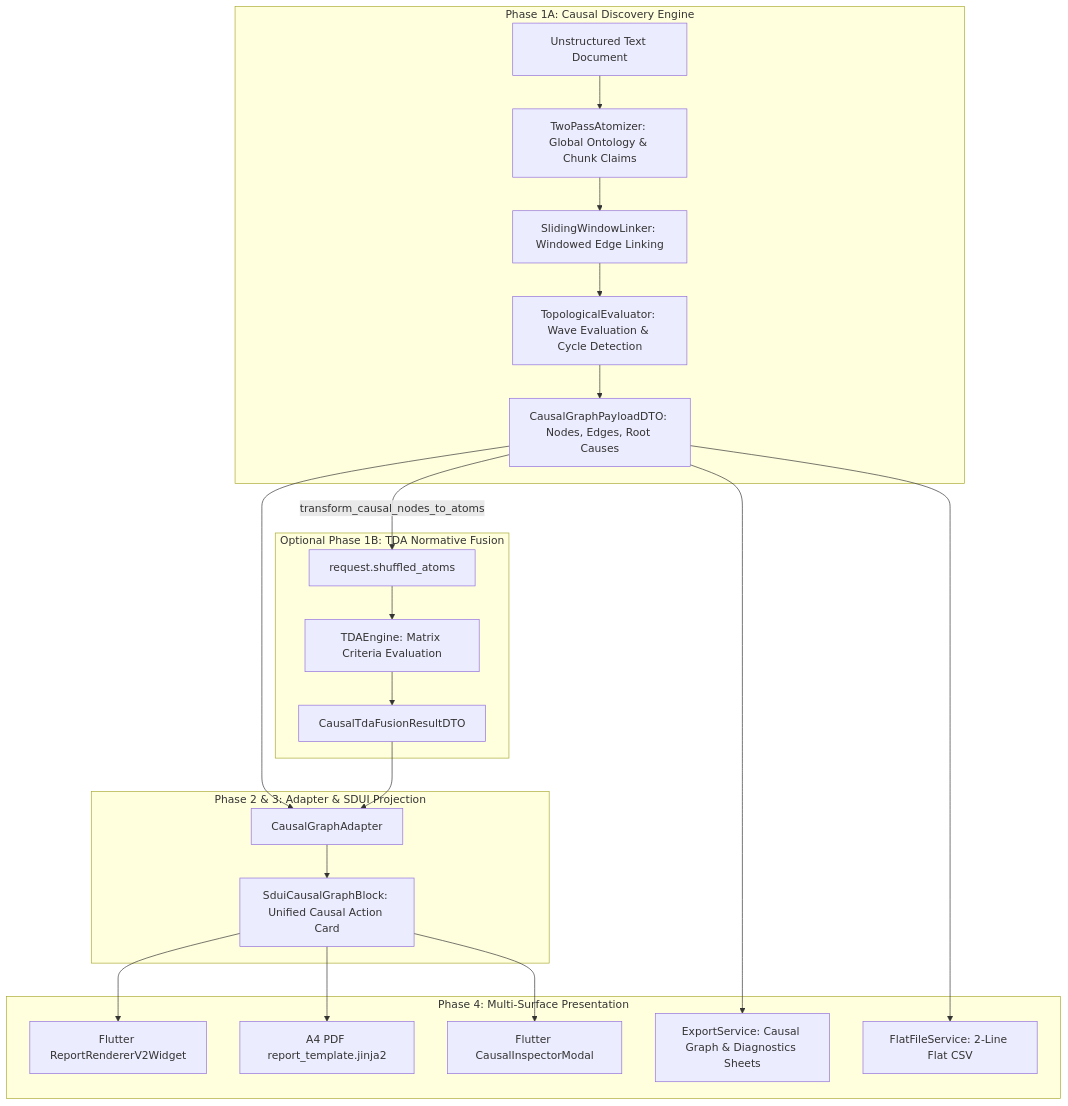
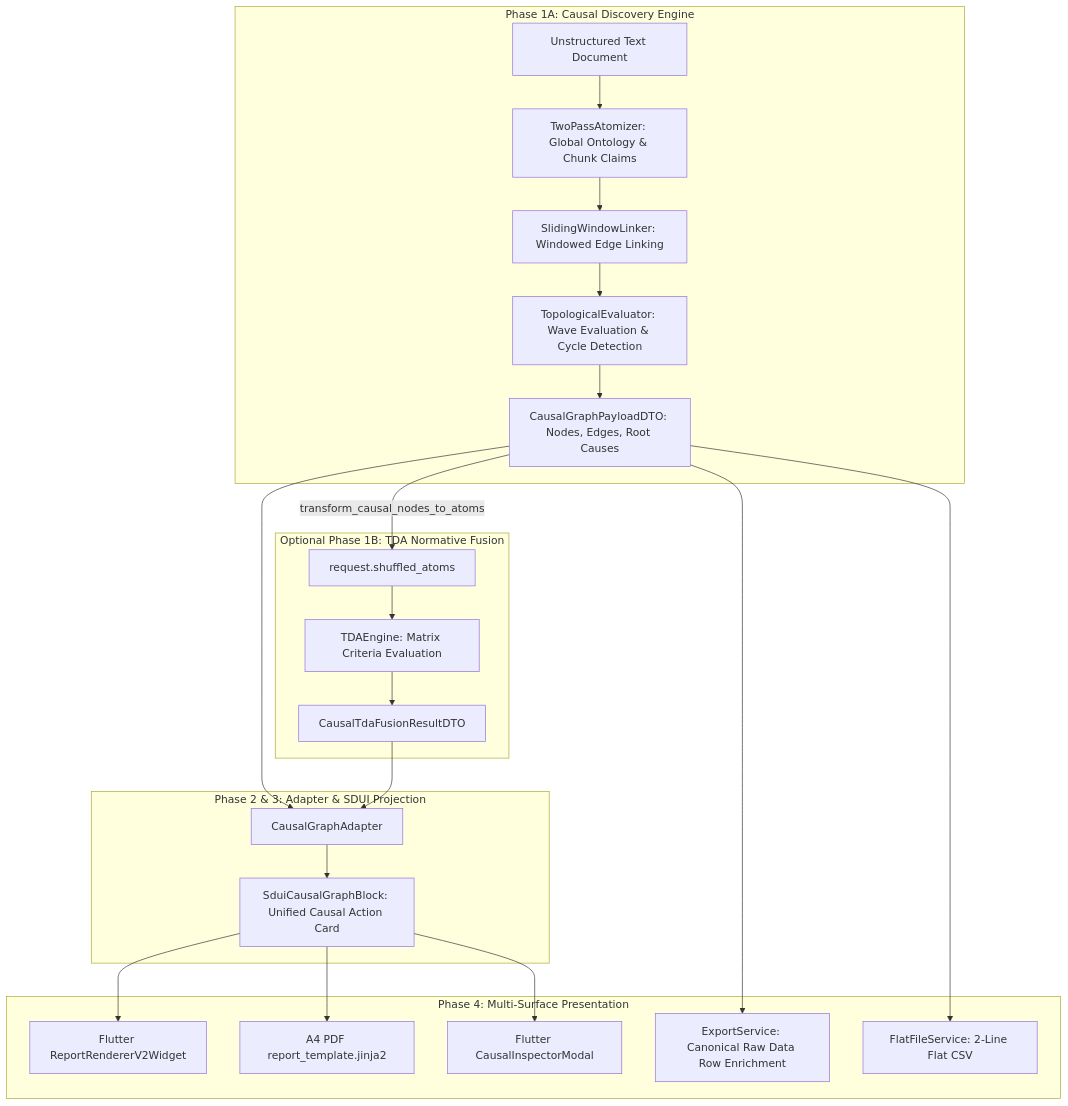
Before and after one commit to launis/quorum: the diagram in docs/epic/EPIC_154_Dynamic_Causal_Discovery_Engine.md, drawn with Mermaid. The commit also changed other lines of this file and 16 other files, not shown here.

````diff
--- a/docs/epic/EPIC_154_Dynamic_Causal_Discovery_Engine.md
+++ b/docs/epic/EPIC_154_Dynamic_Causal_Discovery_Engine.md
@@ -251,29 +259,29 @@
 ```mermaid
 flowchart TD
     subgraph Phase1A [Phase 1A: Causal Discovery Engine]
         Doc[Unstructured Text Document] --> TwoPass[TwoPassAtomizer: Global Ontology & Chunk Claims]
         TwoPass --> Linker[SlidingWindowLinker: Windowed Edge Linking]
         Linker --> Topo[TopologicalEvaluator: Wave Evaluation & Cycle Detection]
         Topo --> Payload[CausalGraphPayloadDTO: Nodes, Edges, Root Causes]
     end
 
     subgraph Phase1B [Optional Phase 1B: TDA Normative Fusion]
         Payload -->|transform_causal_nodes_to_atoms| ShuffledAtoms[request.shuffled_atoms]
         ShuffledAtoms --> TDA[TDAEngine: Matrix Criteria Evaluation]
         TDA --> FusionDTO[CausalTdaFusionResultDTO]
     end
 
     subgraph Phase2_3 [Phase 2 & 3: Adapter & SDUI Projection]
         Payload --> Adapter[CausalGraphAdapter]
         FusionDTO --> Adapter
         Adapter --> SDUIBlock[SduiCausalGraphBlock: Unified Causal Action Card]
     end
 
     subgraph Phase4 [Phase 4: Multi-Surface Presentation]
         SDUIBlock --> FlutterUI[Flutter ReportRendererV2Widget]
         SDUIBlock --> JinjaPDF[A4 PDF report_template.jinja2]
         SDUIBlock --> Inspector[Flutter CausalInspectorModal]
-        Payload --> Excel[ExportService: Causal Graph & Diagnostics Sheets]
+        Payload --> Excel[ExportService: Canonical Raw Data Row Enrichment]
         Payload --> FlatCSV[FlatFileService: 2-Line Flat CSV]
     end
 ```
````
